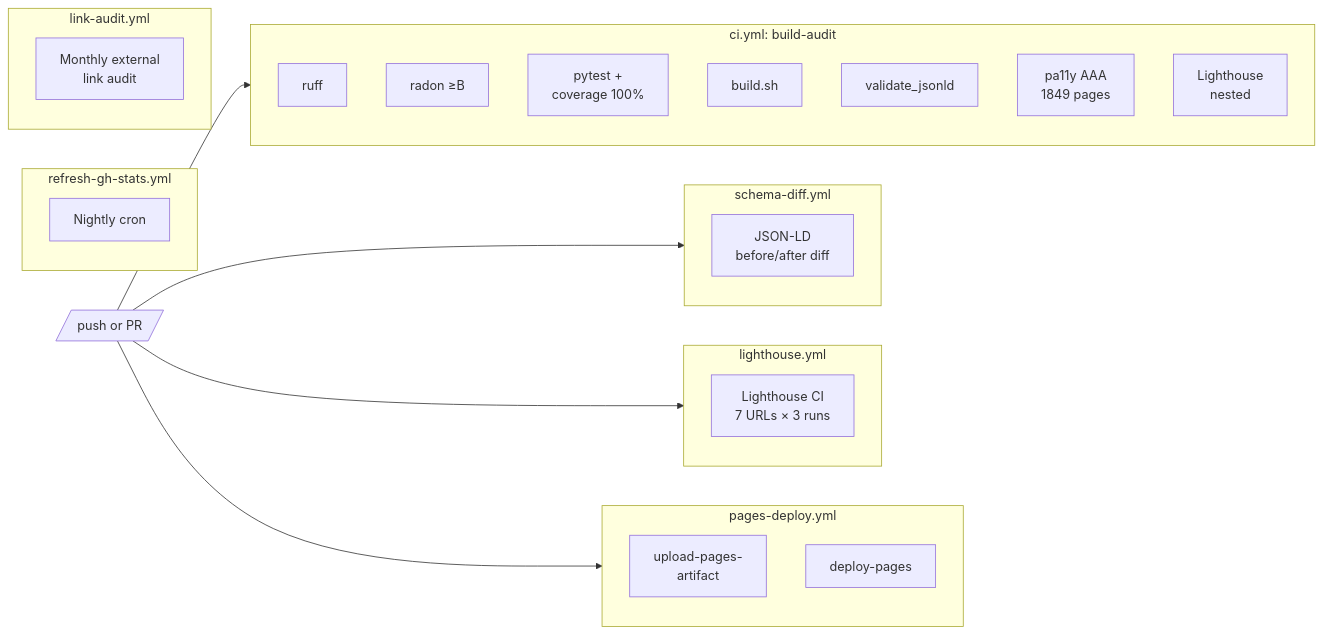
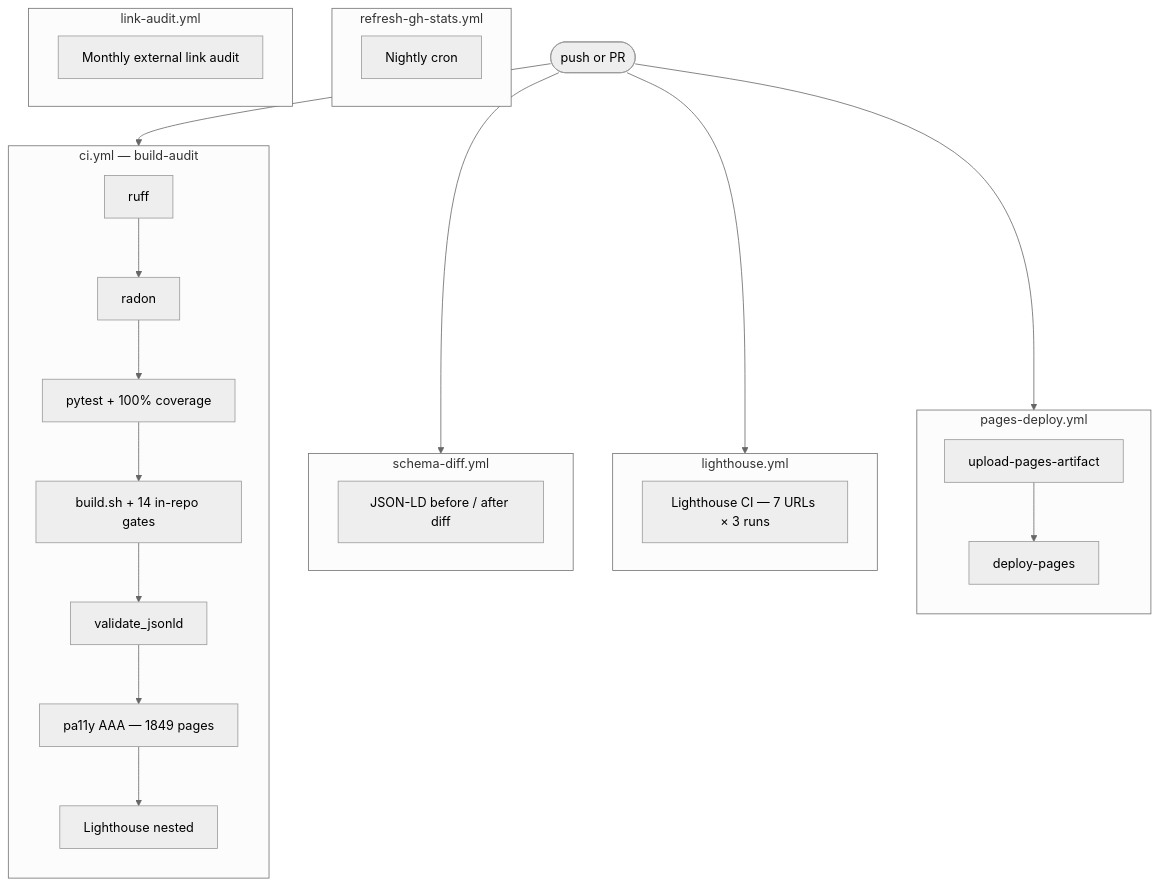
One commit to sebastienrousseau/sebastienrousseau.github.io changed the diagram in doc/CI.md. Above: the diagram before and after it, drawn with Mermaid. The commit also changed 6 other files, not shown here.

First line of the commit message:
docs: clean Mermaid diagrams — neutral theme, no emoji, restructured long flows

````diff
--- a/doc/CI.md
+++ b/doc/CI.md
@@ -20,40 +20,39 @@
 ```mermaid
-flowchart LR
-    PUSH[/push or PR/]
-    
-    subgraph CI["ci.yml: build-audit"]
-        L1[ruff]
-        L2[radon ≥B]
-        L3[pytest +<br/>coverage 100%]
-        L4[build.sh]
-        L5[validate_jsonld]
-        L6[pa11y AAA<br/>1849 pages]
-        L7[Lighthouse<br/>nested]
-    end
-    
-    subgraph SD["schema-diff.yml"]
-        S1[JSON-LD<br/>before/after diff]
-    end
-    
-    subgraph LH["lighthouse.yml"]
-        H1[Lighthouse CI<br/>7 URLs × 3 runs]
-    end
-    
-    subgraph PD["pages-deploy.yml"]
-        P1[upload-pages-<br/>artifact]
-        P2[deploy-pages]
-    end
-    
-    subgraph RS["refresh-gh-stats.yml"]
-        R1[Nightly cron]
-    end
-    
-    subgraph LA["link-audit.yml"]
-        A1[Monthly external<br/>link audit]
-    end
-    
+%%{init: {'theme':'neutral'} }%%
+flowchart TB
+    PUSH(["push or PR"])
     PUSH --> CI
     PUSH --> SD
     PUSH --> LH
     PUSH --> PD
+
+    subgraph CI["ci.yml — build-audit"]
+        direction TB
+        L1["ruff"] --> L2["radon"] --> L3["pytest + 100% coverage"]
+        L3 --> L4["build.sh + 14 in-repo gates"]
+        L4 --> L5["validate_jsonld"]
+        L5 --> L6["pa11y AAA — 1849 pages"]
+        L6 --> L7["Lighthouse nested"]
+    end
+
+    subgraph SD["schema-diff.yml"]
+        S1["JSON-LD before / after diff"]
+    end
+
+    subgraph LH["lighthouse.yml"]
+        H1["Lighthouse CI — 7 URLs × 3 runs"]
+    end
+
+    subgraph PD["pages-deploy.yml"]
+        direction TB
+        P1["upload-pages-artifact"] --> P2["deploy-pages"]
+    end
+
+    subgraph RS["refresh-gh-stats.yml"]
+        R1["Nightly cron"]
+    end
+
+    subgraph LA["link-audit.yml"]
+        A1["Monthly external link audit"]
+    end
 ```
````
